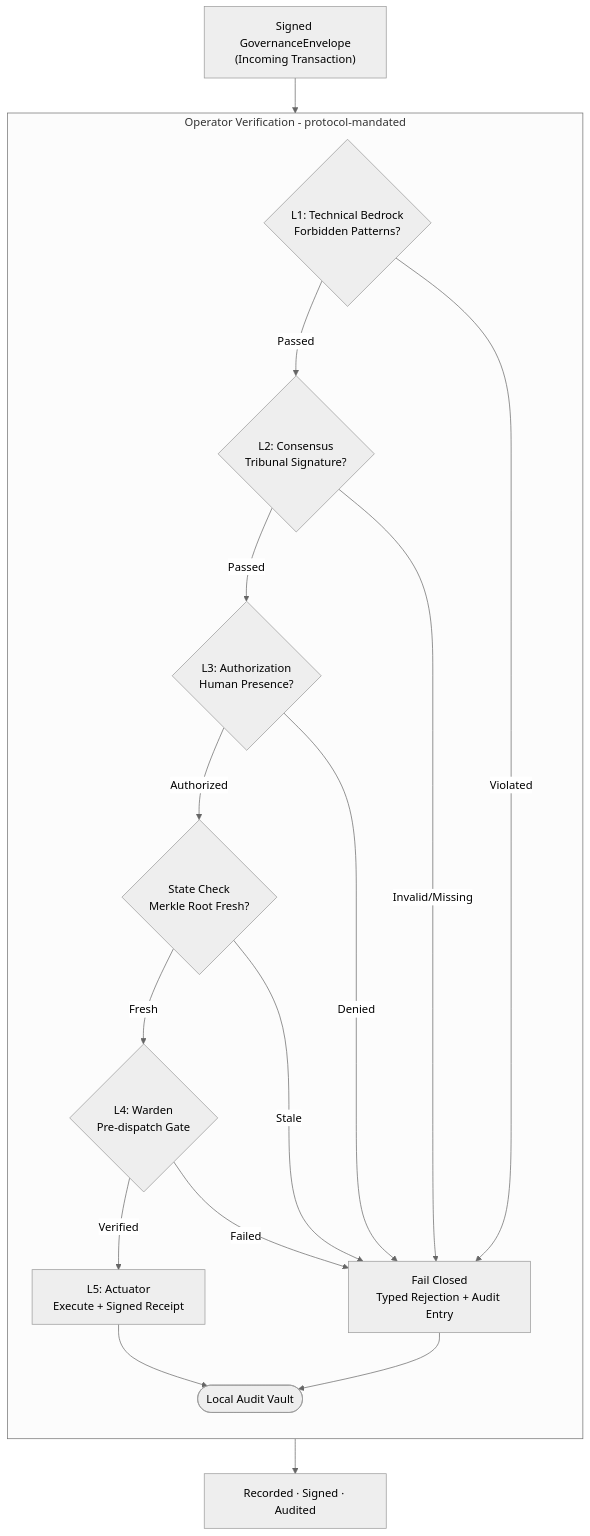
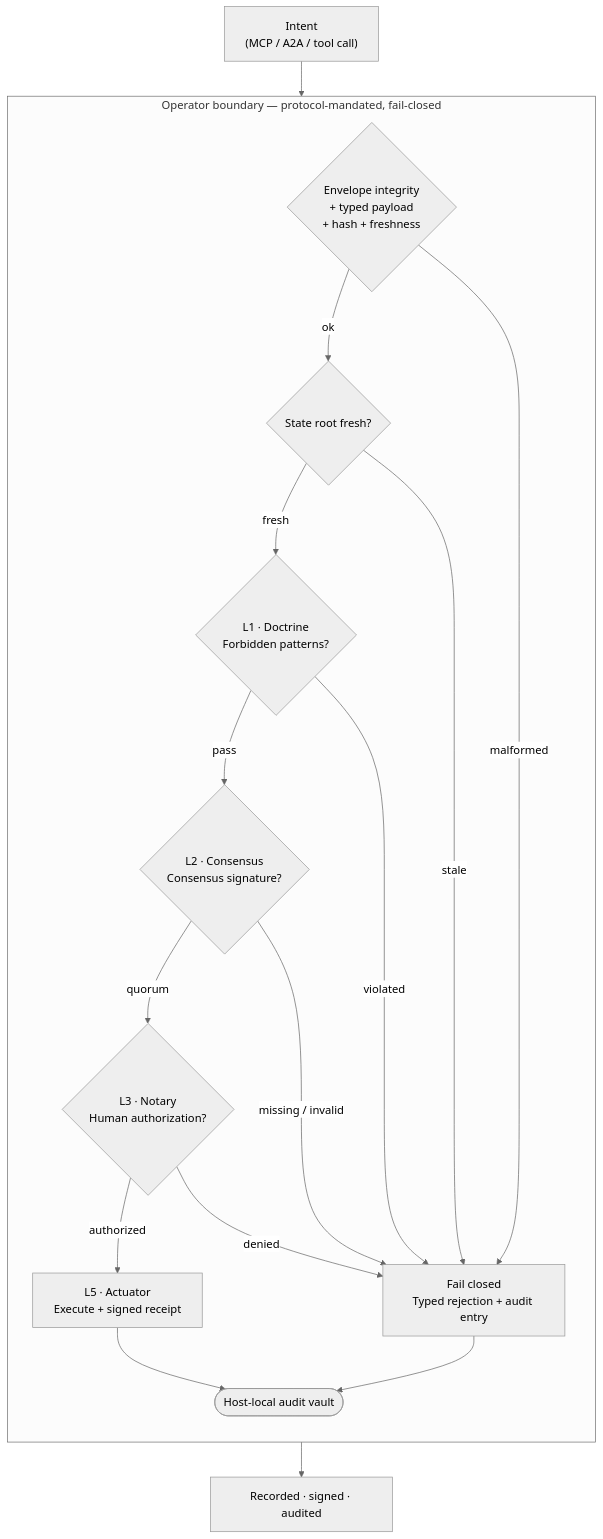
One commit to g8e-ai/g8e changed the third of 3 diagrams in README.md. Above: the diagram before and after it, drawn with Mermaid (neutral theme). The commit also changed other lines of this file and 9 other files, not shown here.

````diff
--- a/README.md
+++ b/README.md
@@ -144,39 +220,32 @@
 ```mermaid
 graph TD
-    Start["Signed GovernanceEnvelope<br/>(Incoming Transaction)"]
+    Start["Intent<br/>(MCP / A2A / tool call)"]
 
-    subgraph Verification ["Operator Verification - protocol-mandated"]
+    subgraph Operator ["Operator boundary — protocol-mandated, fail-closed"]
         direction TB
-        L1{"L1: Technical Bedrock<br/>Forbidden Patterns?"}
-        L2{"L2: Consensus<br/>Tribunal Signature?"}
-        L3{"L3: Authorization<br/>Human Presence?"}
-        State{"State Check<br/>Merkle Root Fresh?"}
-        L4{"L4: Warden<br/>Pre-dispatch Gate"}
-        
-        FailClosed["Fail Closed<br/>Typed Rejection + Audit Entry"]
-        Actuator["L5: Actuator<br/>Execute + Signed Receipt"]
-        LocalVault([Local Audit Vault])
+        Pre{"Envelope integrity<br/>+ typed payload<br/>+ hash + freshness"}
+        State{"State root fresh?"}
+        L1{"L1 · Doctrine<br/>Forbidden patterns?"}
+        L2{"L2 · Consensus<br/>Consensus signature?"}
+        L3{"L3 · Notary<br/>Human authorization?"}
+        Actuator["L5 · Actuator<br/>Execute + signed receipt"]
+        Reject["Fail closed<br/>Typed rejection + audit entry"]
+        Vault([Host-local audit vault])
 
-        L1 -- "Passed" --> L2
-        L1 -- "Violated" ----> FailClosed
-        
-        L2 -- "Passed" --> L3
-        L2 -- "Invalid/Missing" ---> FailClosed
-        
-        L3 -- "Authorized" --> State
-        L3 -- "Denied" --> FailClosed
-        
-        State -- "Fresh" --> L4
-        State -- "Stale" --> FailClosed
-
-        L4 -- "Verified" --> Actuator
-        L4 -- "Failed" --> FailClosed
-
-        Actuator --> LocalVault
-        FailClosed --> LocalVault
+        Pre -- "ok" --> State
+        Pre -- "malformed" --> Reject
+        State -- "fresh" --> L1
+        State -- "stale" --> Reject
+        L1 -- "pass" --> L2
+        L1 -- "violated" --> Reject
+        L2 -- "quorum" --> L3
+        L2 -- "missing / invalid" --> Reject
+        L3 -- "authorized" --> Actuator
+        L3 -- "denied" --> Reject
+        Actuator --> Vault
+        Reject --> Vault
     end
 
-    LocalVault --> Done["Recorded · Signed · Audited"]
-
-    Start --> L1
+    Start --> Pre
+    Vault --> Done["Recorded · signed · audited"]
 ```
````
